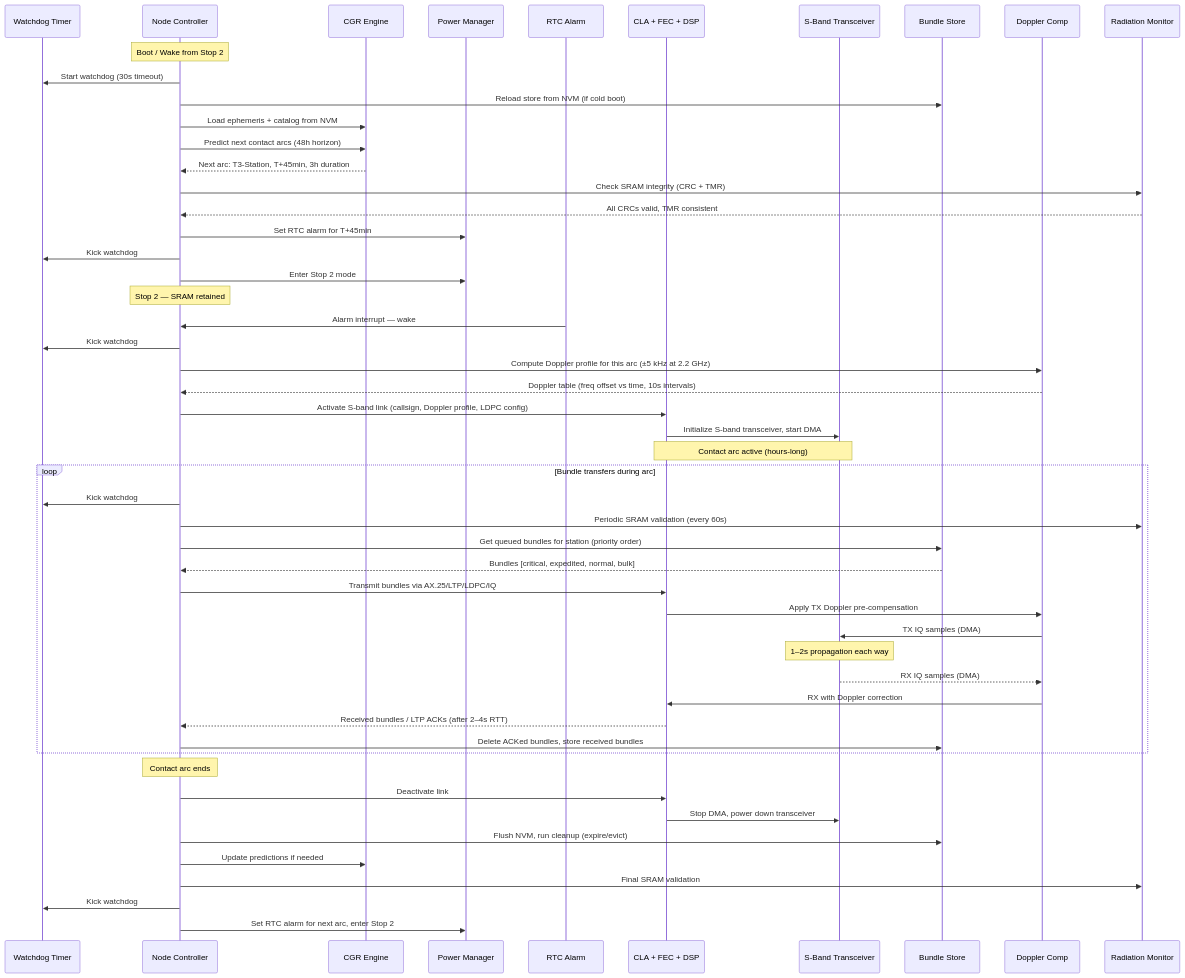
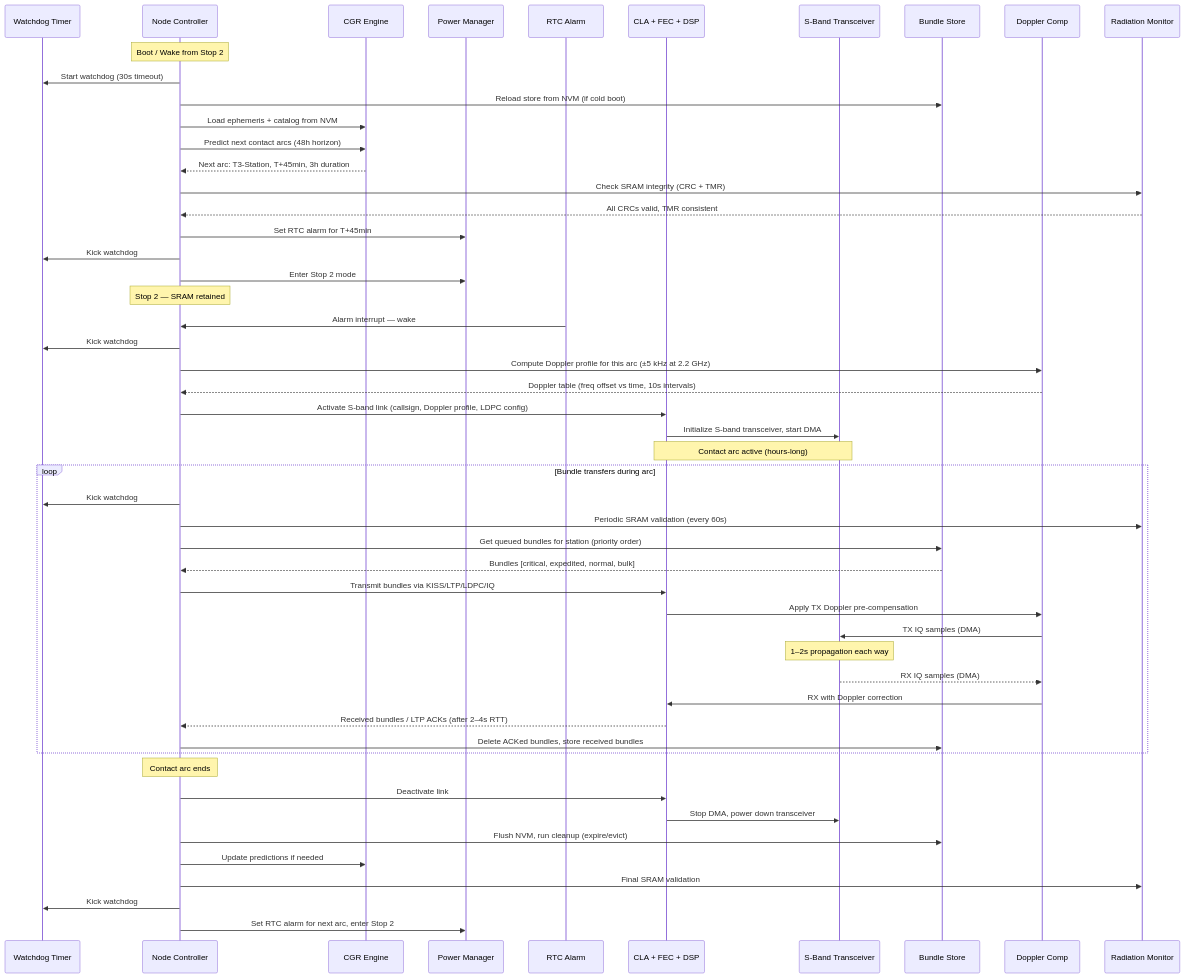
The fifth of 7 diagrams in docs/cislunar-phase4/design.md (g4dpz/cislunar_proposal), drawn with Mermaid before and after one commit. The commit also changed other lines of this file and 17 other files, not shown here.

Commit message:
Replace AX.25 with LTP-over-KISS and dtn:// EIDs across all specs, add cislunar redirect conf

````diff
--- a/docs/cislunar-phase4/design.md
+++ b/docs/cislunar-phase4/design.md
@@ -193,62 +193,62 @@
 ```mermaid
 sequenceDiagram
     participant WDT as Watchdog Timer
     participant NC as Node Controller
     participant CGR as CGR Engine
     participant PWR as Power Manager
     participant RTC as RTC Alarm
     participant CLA as CLA + FEC + DSP
     participant XCVR as S-Band Transceiver
     participant BS as Bundle Store
     participant DOP as Doppler Comp
     participant RAD as Radiation Monitor
 
     Note over NC: Boot / Wake from Stop 2
     NC->>WDT: Start watchdog (30s timeout)
     NC->>BS: Reload store from NVM (if cold boot)
     NC->>CGR: Load ephemeris + catalog from NVM
     NC->>CGR: Predict next contact arcs (48h horizon)
     CGR-->>NC: Next arc: T3-Station, T+45min, 3h duration
 
     NC->>RAD: Check SRAM integrity (CRC + TMR)
     RAD-->>NC: All CRCs valid, TMR consistent
 
     NC->>PWR: Set RTC alarm for T+45min
     NC->>WDT: Kick watchdog
     NC->>PWR: Enter Stop 2 mode
 
     Note over NC: Stop 2 — SRAM retained
 
     RTC->>NC: Alarm interrupt — wake
     NC->>WDT: Kick watchdog
     NC->>DOP: Compute Doppler profile for this arc (±5 kHz at 2.2 GHz)
     DOP-->>NC: Doppler table (freq offset vs time, 10s intervals)
     NC->>CLA: Activate S-band link (callsign, Doppler profile, LDPC config)
     CLA->>XCVR: Initialize S-band transceiver, start DMA
 
     Note over CLA,XCVR: Contact arc active (hours-long)
 
     loop Bundle transfers during arc
         NC->>WDT: Kick watchdog
         NC->>RAD: Periodic SRAM validation (every 60s)
         NC->>BS: Get queued bundles for station (priority order)
         BS-->>NC: Bundles [critical, expedited, normal, bulk]
-        NC->>CLA: Transmit bundles via AX.25/LTP/LDPC/IQ
+        NC->>CLA: Transmit bundles via KISS/LTP/LDPC/IQ
         CLA->>DOP: Apply TX Doppler pre-compensation
         DOP->>XCVR: TX IQ samples (DMA)
         Note over XCVR: 1–2s propagation each way
         XCVR-->>DOP: RX IQ samples (DMA)
         DOP->>CLA: RX with Doppler correction
         CLA-->>NC: Received bundles / LTP ACKs (after 2–4s RTT)
         NC->>BS: Delete ACKed bundles, store received bundles
     end
 
     Note over NC: Contact arc ends
     NC->>CLA: Deactivate link
     CLA->>XCVR: Stop DMA, power down transceiver
     NC->>BS: Flush NVM, run cleanup (expire/evict)
     NC->>CGR: Update predictions if needed
     NC->>RAD: Final SRAM validation
     NC->>WDT: Kick watchdog
     NC->>PWR: Set RTC alarm for next arc, enter Stop 2
 ```
````
